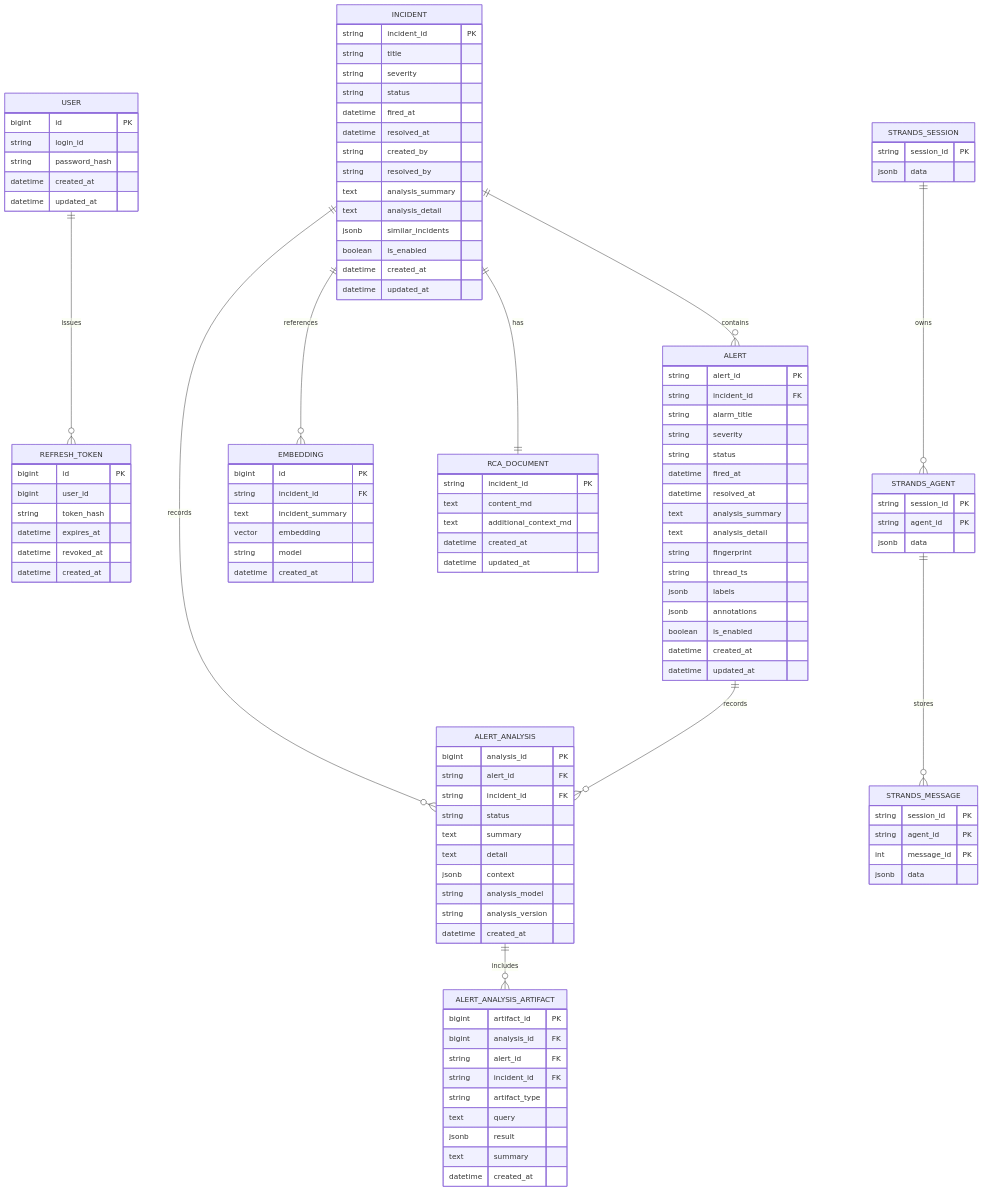
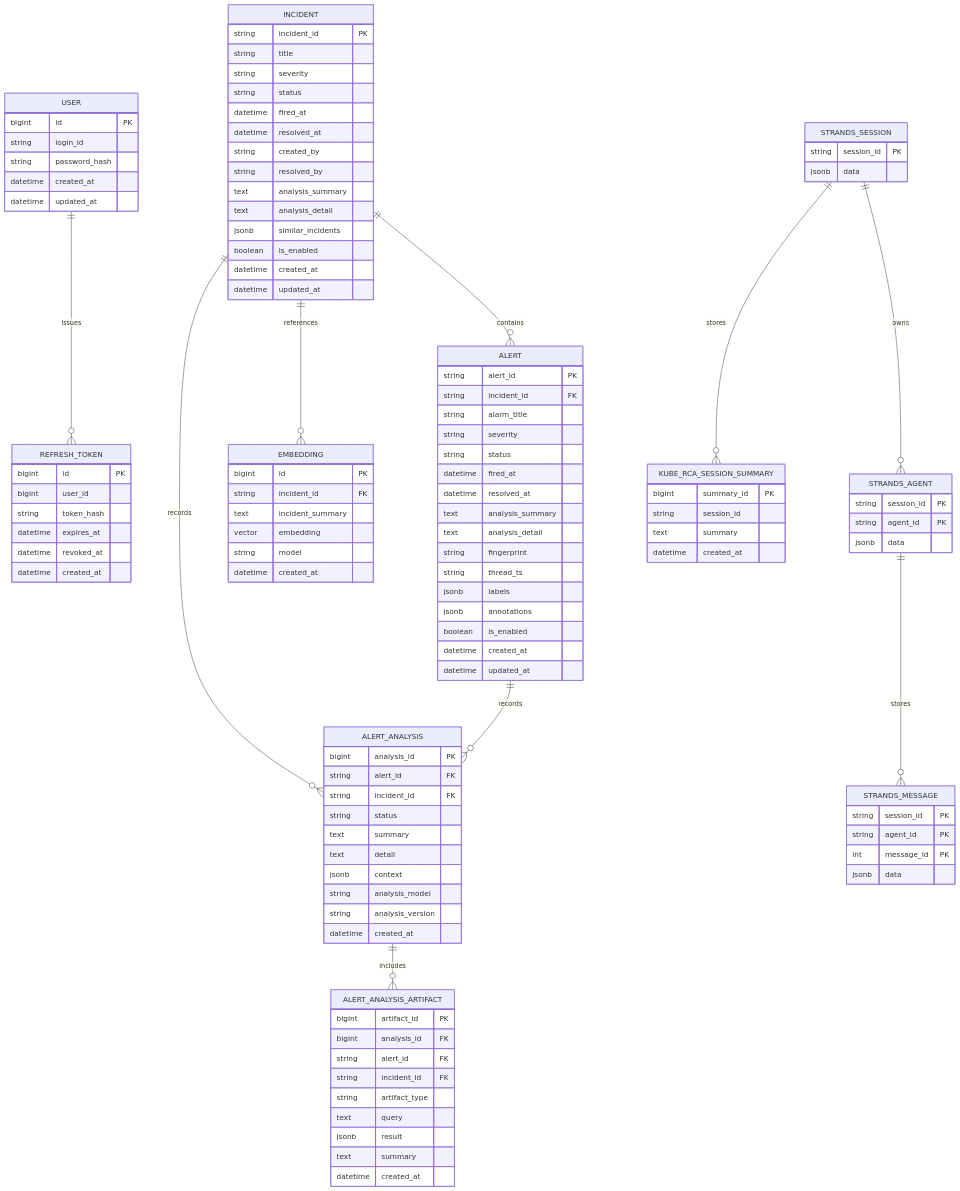
The diagram in docs/diagrams/entity_relationship_diagram.md (kube-rca/kuberca), drawn with Mermaid before and after one commit. The commit also changed 1 other file, not shown here.

Commit message:
docs(diagrams): align RCA document storage

````diff
--- a/docs/diagrams/entity_relationship_diagram.md
+++ b/docs/diagrams/entity_relationship_diagram.md
@@ -6,9 +6,9 @@
   INCIDENT ||--o{ ALERT_ANALYSIS : records
   ALERT ||--o{ ALERT_ANALYSIS : records
   ALERT_ANALYSIS ||--o{ ALERT_ANALYSIS_ARTIFACT : includes
-  INCIDENT ||--|| RCA_DOCUMENT : has
   STRANDS_SESSION ||--o{ STRANDS_AGENT : owns
   STRANDS_AGENT ||--o{ STRANDS_MESSAGE : stores
+  STRANDS_SESSION ||--o{ KUBE_RCA_SESSION_SUMMARY : stores
 
   USER {
     bigint id PK
@@ -115,11 +115,11 @@
     jsonb data
   }
 
-  RCA_DOCUMENT {
-    string incident_id PK
-    text content_md
-    text additional_context_md
+  KUBE_RCA_SESSION_SUMMARY {
+    bigint summary_id PK
+    string session_id
+    text summary
     datetime created_at
-    datetime updated_at
   }
+
 ```
````
